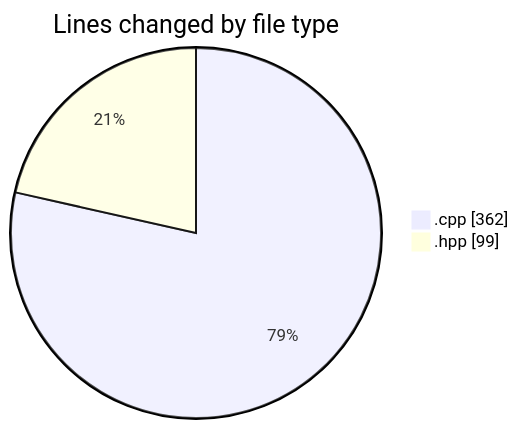
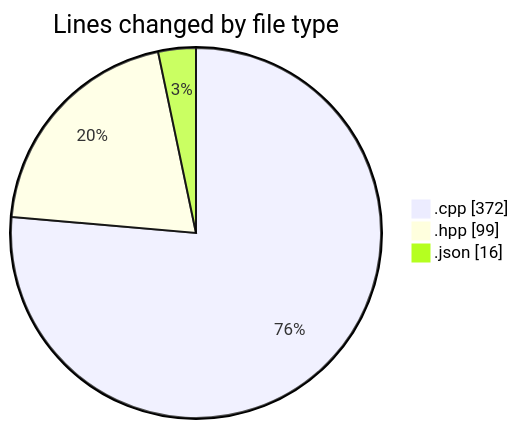
One commit to Netris89/code-tracking changed the first of 2 diagrams in 2025-04-24/echo/README.md. Above: the diagram before and after it, drawn with Mermaid. The commit also changed other lines of this file and 1 other file, not shown here.

````diff
--- a/2025-04-24/echo/README.md
+++ b/2025-04-24/echo/README.md
@@ -21,6 +22,7 @@
 ```mermaid
 pie showData
 title Lines changed by file type
-".cpp" : 362
+".cpp" : 372
 ".hpp" : 99
+".json" : 16
 ```
````
